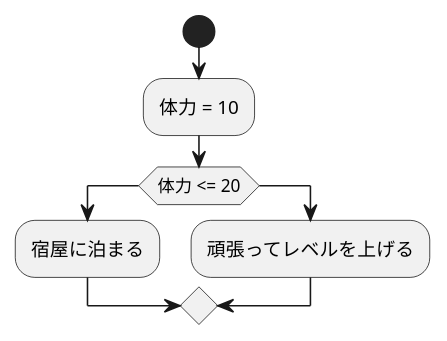
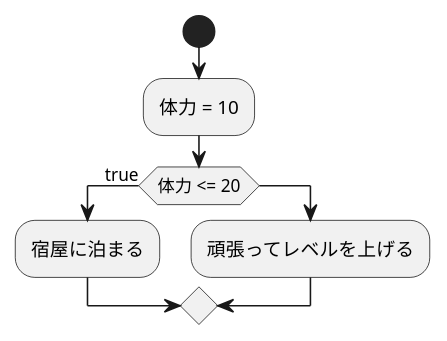
The diagram in kadai1.md (Aso2001009/2021sys-design), drawn with PlantUML before and after one commit.

````diff
--- a/kadai1.md
+++ b/kadai1.md
@@ -1,10 +1,11 @@
 ```uml
 @startuml
 start
 :体力 = 10;
-if (体力 <= 20)
+if (体力 <= 20) then (true)
   :宿屋に泊まる;
 else
   :頑張ってレベルを上げる;
+  endif
 @enduml
 ```
````
